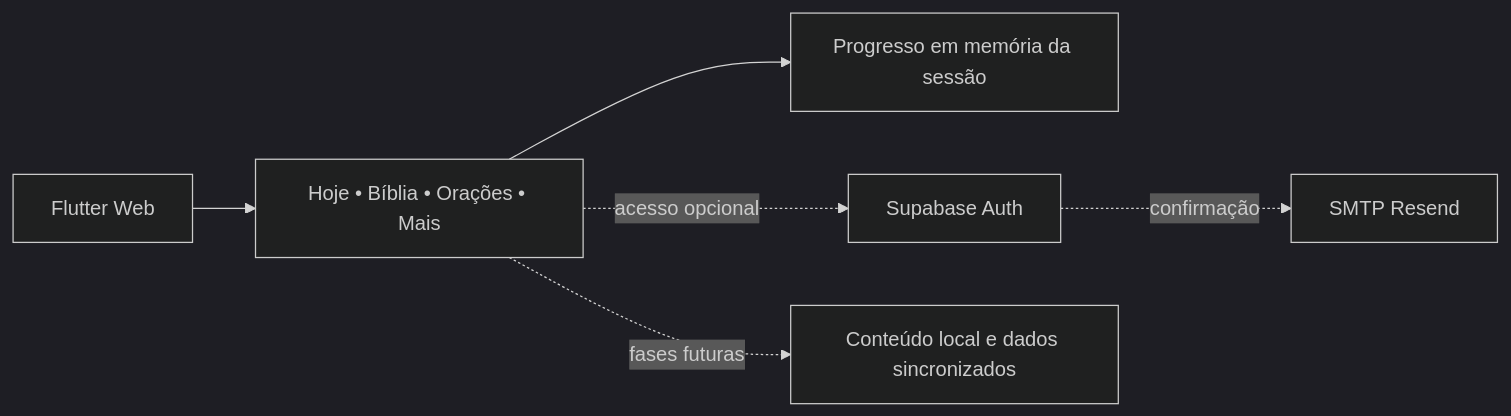
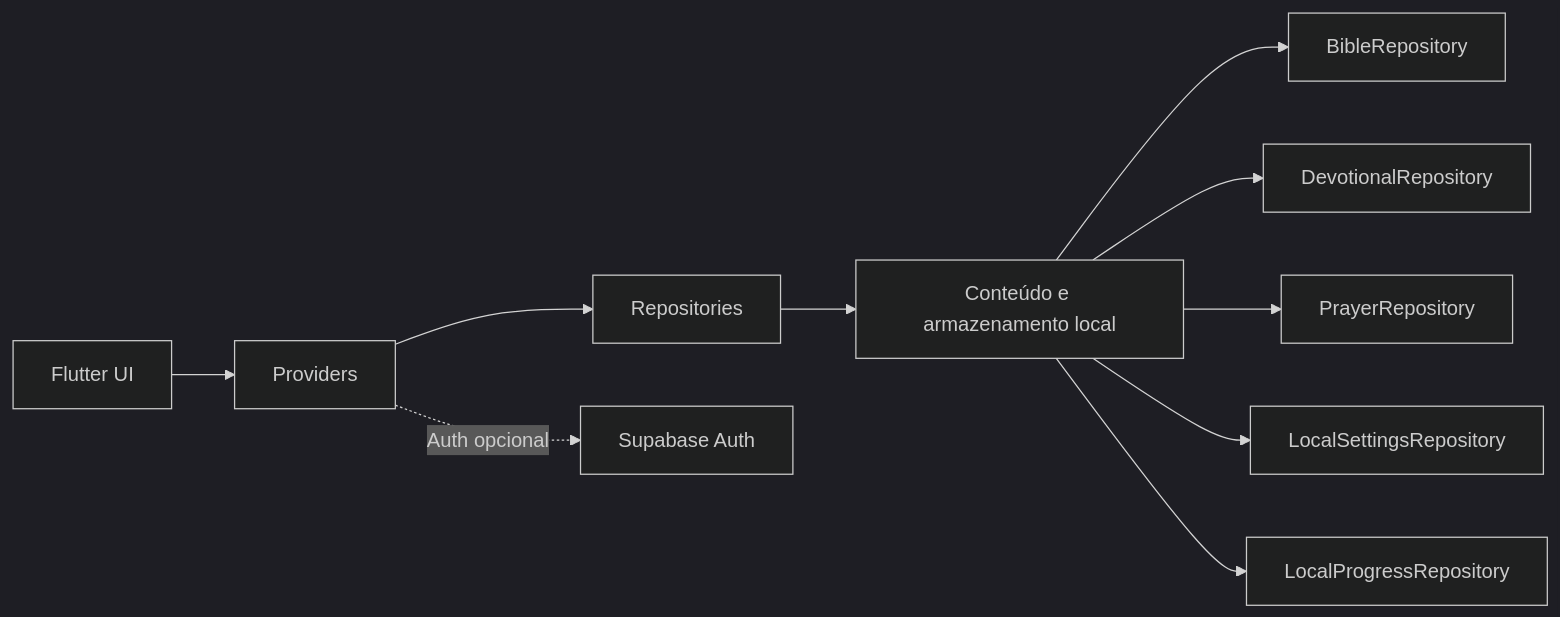
The diagram in README.md (Andrearodri/sou-fe-e-acao), drawn with Mermaid (dark theme) before and after one commit. The commit also changed other lines of this file and 7 other files, not shown here.

````diff
--- a/README.md
+++ b/README.md
@@ -45,8 +41,13 @@
 ```mermaid
 flowchart LR
-    A[Flutter Web] --> B[Hoje • Bíblia • Orações • Mais]
-    B --> C[Progresso em memória da sessão]
-    B -. acesso opcional .-> D[Supabase Auth]
-    D -. confirmação .-> E[SMTP Resend]
-    B -. fases futuras .-> F[Conteúdo local e dados sincronizados]
+  UI[Flutter UI] --> Providers[Providers]
+  Providers --> Repositories[Repositories]
+  Repositories --> Local[Conteúdo e armazenamento local]
+  Providers -. Auth opcional .-> Auth[Supabase Auth]
+
+  Local --> Bible[BibleRepository]
+  Local --> Devotional[DevotionalRepository]
+  Local --> Prayer[PrayerRepository]
+  Local --> Settings[LocalSettingsRepository]
+  Local --> Progress[LocalProgressRepository]
 ```
````
